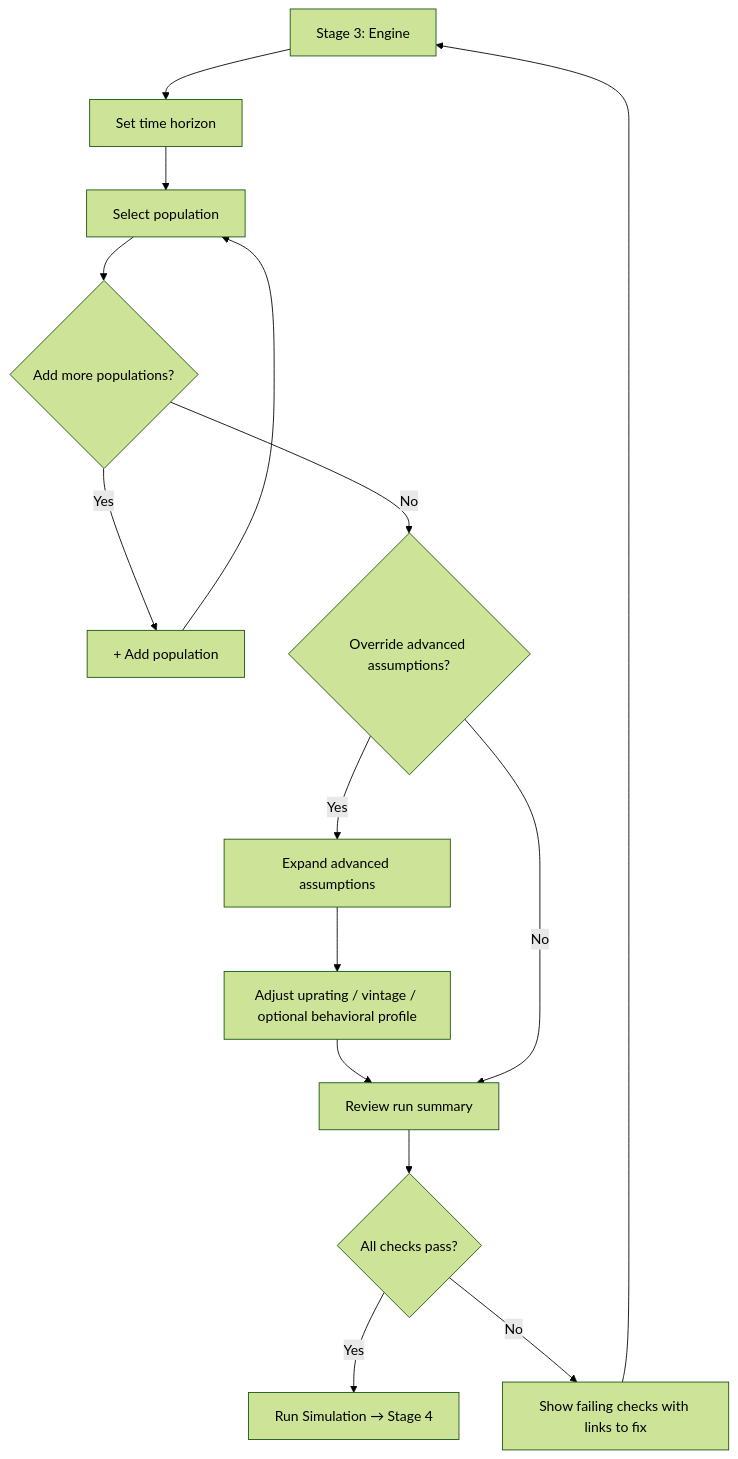
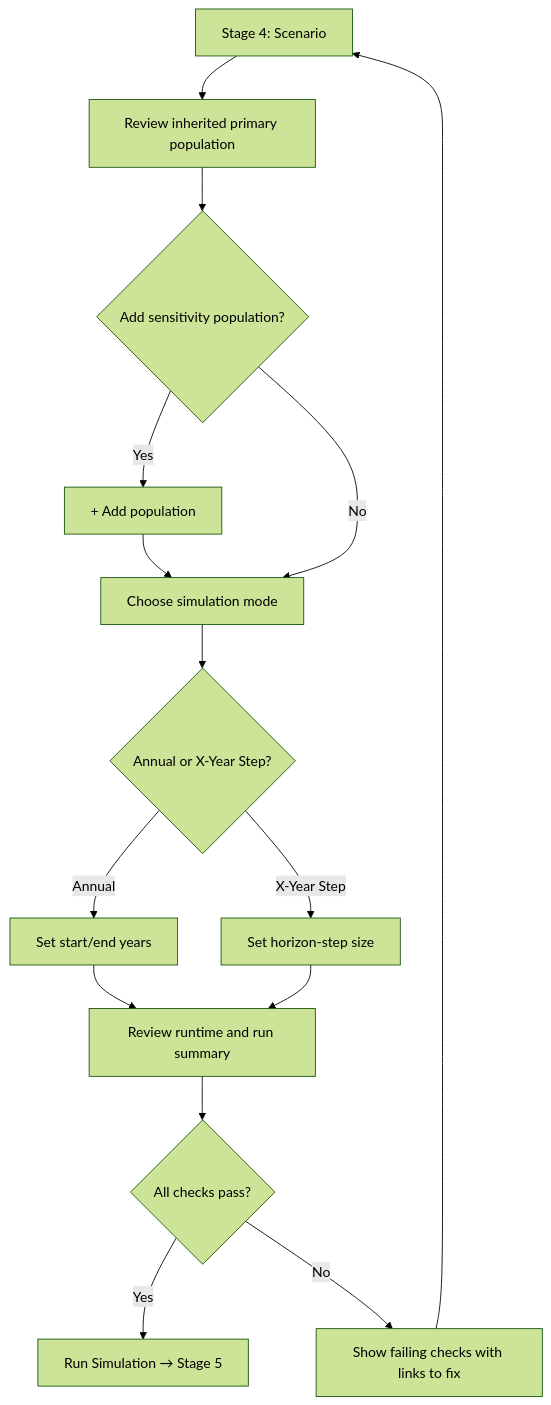
The seventh of 8 diagrams in _bmad-output/planning-artifacts/ux-design-specification.md (reformlab/ReformLab), drawn with Mermaid (forest theme) before and after one commit. The commit also changed other lines of this file, not shown here.

First line of the commit message:
docs(ux): revision 4.1 — Stage 1 Policies redesign and five-stage workspace

````diff
--- a/_bmad-output/planning-artifacts/ux-design-specification.md
+++ b/_bmad-output/planning-artifacts/ux-design-specification.md
@@ -1622,17 +1822,17 @@
 ```mermaid
 flowchart TD
-    A[Stage 3: Engine] --> B[Set time horizon]
-    B --> C[Select population]
-    C --> D{Add more populations?}
-    D -->|Yes| E[+ Add population]
-    E --> C
-    D -->|No| F{Override advanced assumptions?}
-    F -->|Yes| G[Expand advanced assumptions]
-    G --> H[Adjust uprating / vintage / optional behavioral profile]
-    H --> I[Review run summary]
-    F -->|No| I
+    A[Stage 4: Scenario] --> B[Review inherited primary population]
+    B --> C{Add sensitivity population?}
+    C -->|Yes| D[+ Add population]
+    D --> E[Choose simulation mode]
+    C -->|No| E
+    E --> F{Annual or X-Year Step?}
+    F -->|Annual| G[Set start/end years]
+    F -->|X-Year Step| H[Set horizon-step size]
+    G --> I[Review runtime and run summary]
+    H --> I
     I --> J{All checks pass?}
-    J -->|Yes| K[Run Simulation → Stage 4]
+    J -->|Yes| K[Run Simulation → Stage 5]
     J -->|No| L[Show failing checks with links to fix]
     L --> A
 ```
````
